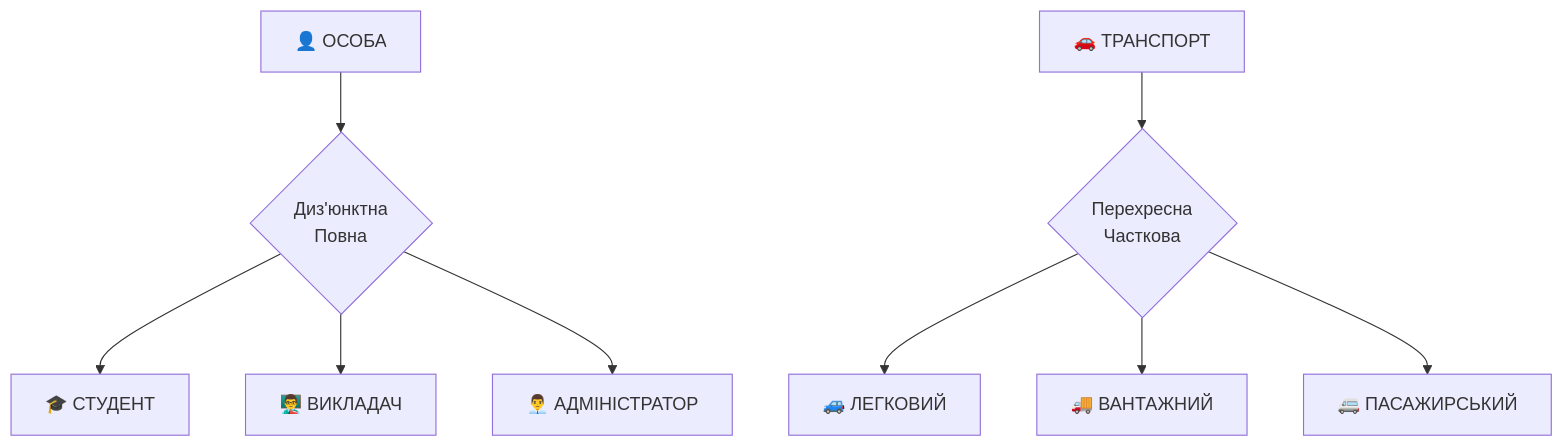
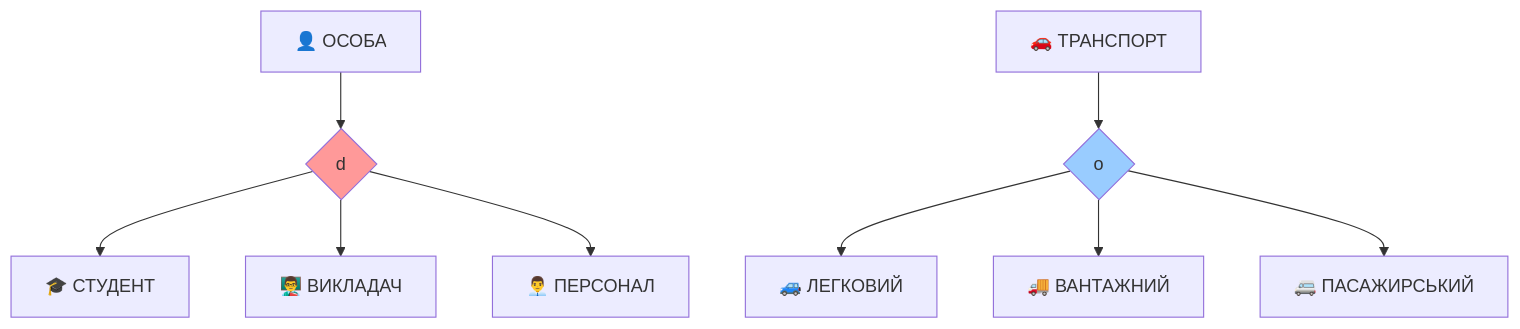
Diagram 11 of 19 in docs/presentations/presentation-05.md (olroi421/course-bd), drawn with Mermaid before and after one commit. The commit also changed other lines of this file, not shown here.

````diff
--- a/docs/presentations/presentation-05.md
+++ b/docs/presentations/presentation-05.md
@@ -403,12 +395,15 @@
 ```mermaid
 graph TD
-    A[👤 ОСОБА] --> B{Диз'юнктна<br/>Повна}
+    A[👤 ОСОБА] --> B{d}
     B --> C[🎓 СТУДЕНТ]
     B --> D[👨‍🏫 ВИКЛАДАЧ]
-    B --> E[👨‍💼 АДМІНІСТРАТОР]
+    B --> E[👨‍💼 ПЕРСОНАЛ]
 
-    F[🚗 ТРАНСПОРТ] --> G{Перехресна<br/>Часткова}
+    F[🚗 ТРАНСПОРТ] --> G{o}
     G --> H[🚙 ЛЕГКОВИЙ]
     G --> I[🚚 ВАНТАЖНИЙ]
     G --> J[🚐 ПАСАЖИРСЬКИЙ]
+
+    style B fill:#ff9999
+    style G fill:#99ccff
 ```
````
